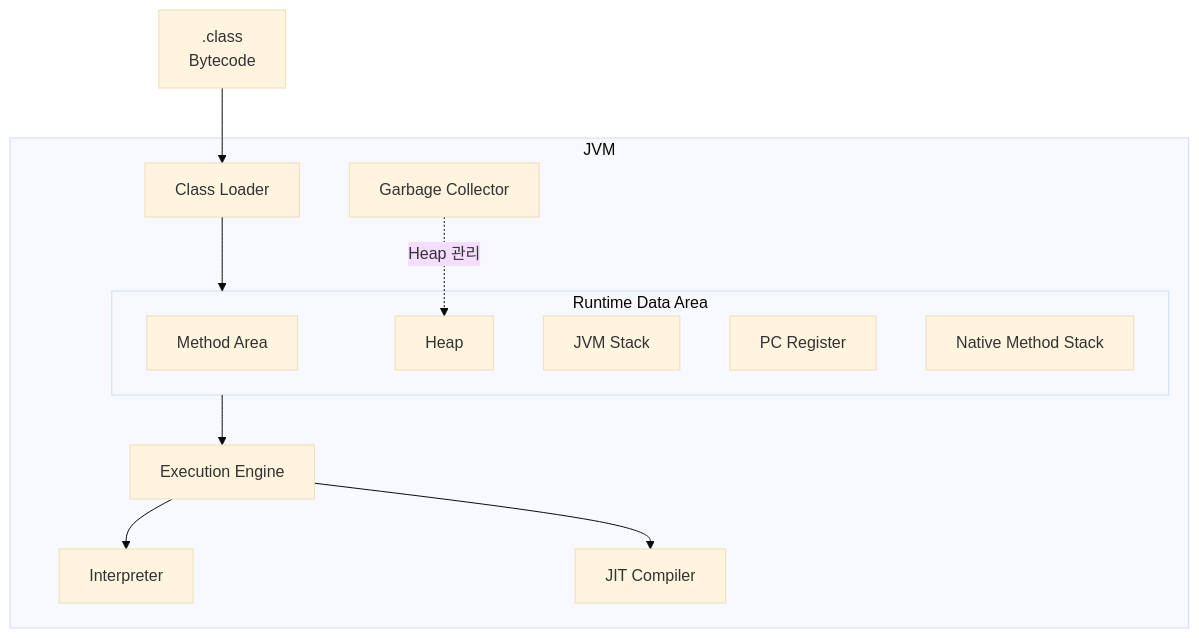
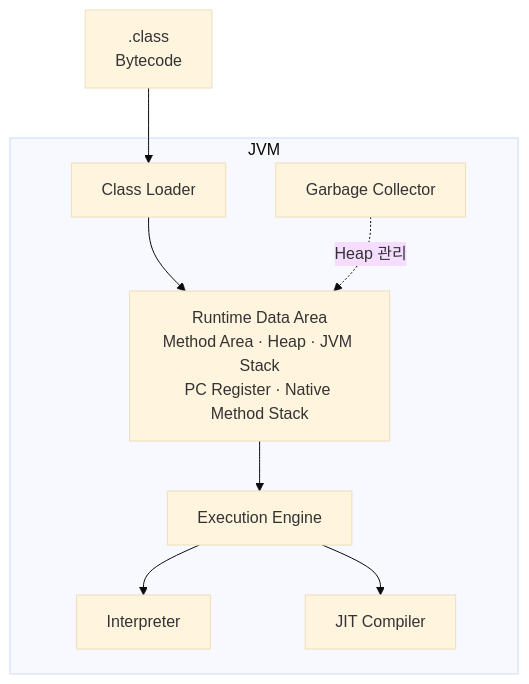
Before and after one commit to SangCheonP/Tech-Interview: the first of 2 diagrams in Language/Java/JVM/02. JVM 구조.md, drawn with Mermaid (base theme). The commit also changed other lines of this file, not shown here.

Commit message:
docs: review JVM diagrams and explanations

````diff
--- a/Language/Java/JVM/02. JVM 구조.md
+++ b/Language/Java/JVM/02. JVM 구조.md
@@ -24,18 +24,12 @@
 ```mermaid
 flowchart TB
     classFile[".class<br/>Bytecode"] --> loader
     subgraph jvm["JVM"]
         loader["Class Loader"] --> memory
-        subgraph memory["Runtime Data Area"]
-            method["Method Area"]
-            heap["Heap"]
-            stack["JVM Stack"]
-            pc["PC Register"]
-            native["Native Method Stack"]
-        end
+        memory["Runtime Data Area<br/>Method Area · Heap · JVM Stack<br/>PC Register · Native Method Stack"]
         memory --> engine["Execution Engine"]
         engine --> interpreter["Interpreter"]
         engine --> jit["JIT Compiler"]
-        gc["Garbage Collector"] -. "Heap 관리" .-> heap
+        gc["Garbage Collector"] -. "Heap 관리" .-> memory
     end
 ```
````
